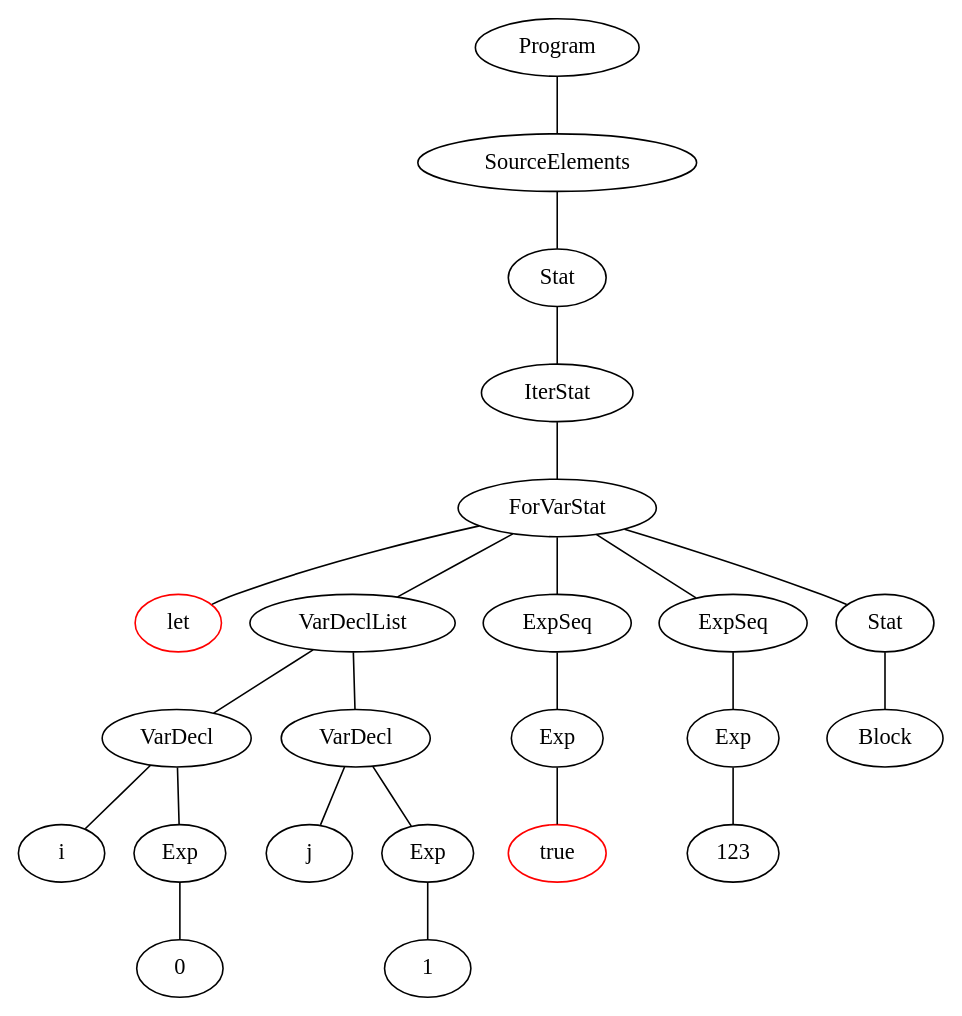
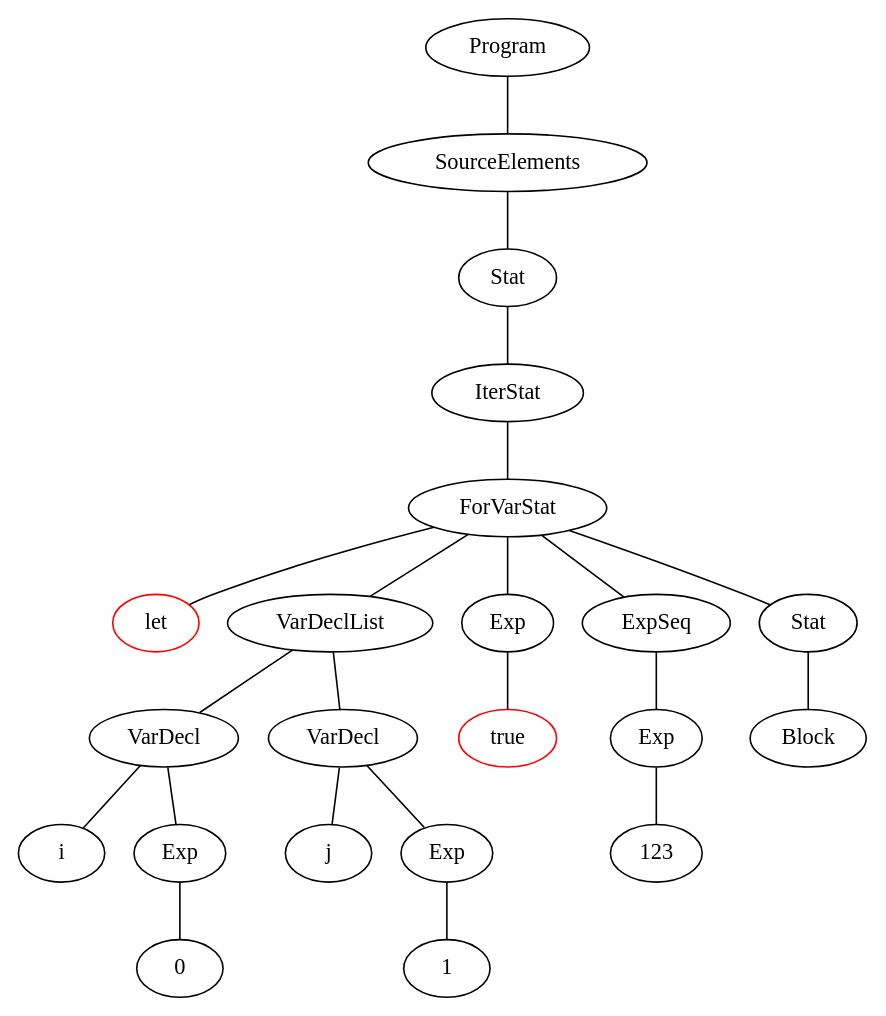
Before and after one commit to theSprog/KTS: the diagram in resource/parser/iter/forvar/01.ts.dot, drawn with Graphviz. The commit also changed 46 other files, not shown here.

```diff
--- a/resource/parser/iter/forvar/01.ts.dot
+++ b/resource/parser/iter/forvar/01.ts.dot
@@ -1,47 +1,45 @@
 graph vis {
-	node351[label="Program"]
-	node351 -- node350
-	node350[label="SourceElements"]
-	node350 -- node349
-	node349[label="Stat"]
-	node349 -- node348
-	node348[label="IterStat"]
-	node348 -- node347
-	node347[label="ForVarStat"]
-	node347 -- node329
-	node329[label="let", color=red]
-	node347 -- node338
-	node338[label="VarDeclList"]
-	node338 -- node333
-	node333[label="VarDecl"]
-	node333 -- node330
-	node330[label="i"]
-	node333 -- node332
-	node332[label="Exp"]
-	node332 -- node331
-	node331[label="0"]
-	node338 -- node337
-	node337[label="VarDecl"]
-	node337 -- node334
-	node334[label="j"]
-	node337 -- node336
-	node336[label="Exp"]
-	node336 -- node335
-	node335[label="1"]
-	node347 -- node341
-	node341[label="ExpSeq"]
-	node341 -- node340
-	node340[label="Exp"]
-	node340 -- node339
-	node339[label="true", color=red]
-	node347 -- node344
-	node344[label="ExpSeq"]
-	node344 -- node343
-	node343[label="Exp"]
-	node343 -- node342
-	node342[label="123"]
-	node347 -- node346
-	node346[label="Stat"]
-	node346 -- node345
-	node345[label="Block"]
+	node497[label="Program"]
+	node497 -- node496
+	node496[label="SourceElements"]
+	node496 -- node495
+	node495[label="Stat"]
+	node495 -- node494
+	node494[label="IterStat"]
+	node494 -- node493
+	node493[label="ForVarStat"]
+	node493 -- node476
+	node476[label="let", color=red]
+	node493 -- node485
+	node485[label="VarDeclList"]
+	node485 -- node480
+	node480[label="VarDecl"]
+	node480 -- node477
+	node477[label="i"]
+	node480 -- node479
+	node479[label="Exp"]
+	node479 -- node478
+	node478[label="0"]
+	node485 -- node484
+	node484[label="VarDecl"]
+	node484 -- node481
+	node481[label="j"]
+	node484 -- node483
+	node483[label="Exp"]
+	node483 -- node482
+	node482[label="1"]
+	node493 -- node487
+	node487[label="Exp"]
+	node487 -- node486
+	node486[label="true", color=red]
+	node493 -- node490
+	node490[label="ExpSeq"]
+	node490 -- node489
+	node489[label="Exp"]
+	node489 -- node488
+	node488[label="123"]
+	node493 -- node492
+	node492[label="Stat"]
+	node492 -- node491
+	node491[label="Block"]
 }
```
